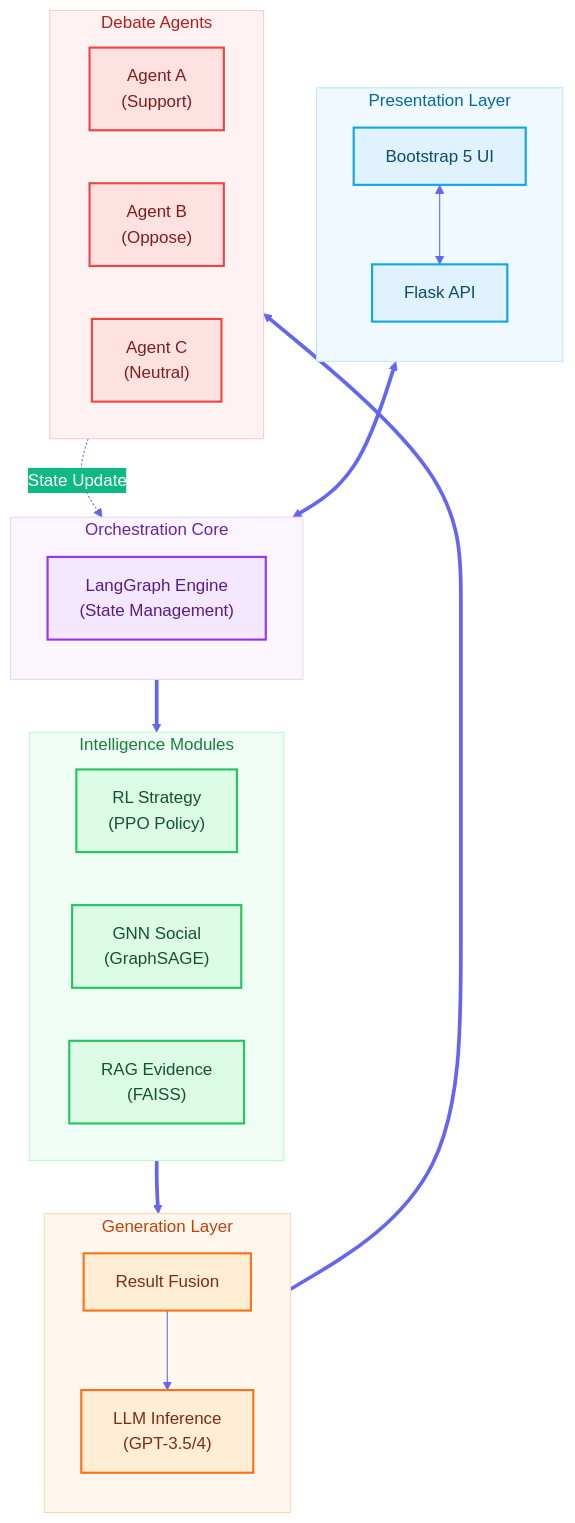
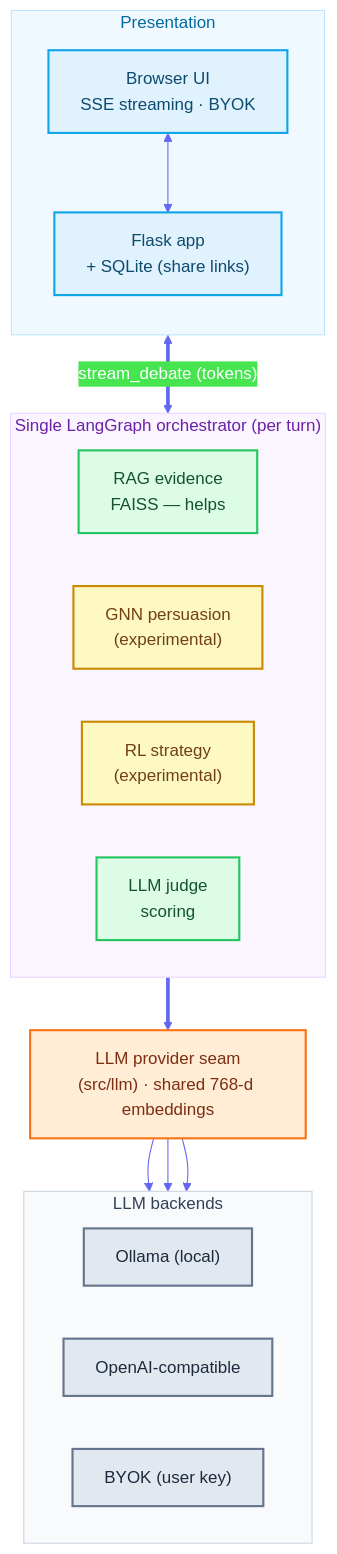
One commit to AluminumShark/Social-Debate-AI changed the first of 4 diagrams in README.md. Above: the diagram before and after it, drawn with Mermaid. The commit also changed other lines of this file, not shown here.

Commit message:
docs: redraw README architecture and tech-stack diagrams
Reflect the current system: SSE streaming + BYOK, single LangGraph orchestrator,
provider seam to Ollama/OpenAI/BYOK, shared embeddings, GNN/RL marked experimental.
Drop GPT-3.5/4 references; add FAISS/SQLite/gunicorn/Docker to the tech stack.

````diff
--- a/README.md
+++ b/README.md
@@ -57,54 +57,44 @@
 ```mermaid
-%%{init: {'theme': 'base', 'themeVariables': { 'primaryColor': '#4f46e5', 'primaryTextColor': '#fff', 'primaryBorderColor': '#4338ca', 'lineColor': '#6366f1', 'secondaryColor': '#10b981', 'tertiaryColor': '#f59e0b'}}}%%
+%%{init: {'theme': 'base', 'themeVariables': { 'primaryColor': '#4f46e5', 'primaryTextColor': '#fff', 'primaryBorderColor': '#4338ca', 'lineColor': '#6366f1'}}}%%
 flowchart TB
     classDef web fill:#e0f2fe,stroke:#0ea5e9,stroke-width:2px,color:#0c4a6e;
     classDef orch fill:#f3e8ff,stroke:#9333ea,stroke-width:2px,color:#581c87;
-    classDef brain fill:#dcfce7,stroke:#22c55e,stroke-width:2px,color:#14532d;
-    classDef gen fill:#ffedd5,stroke:#f97316,stroke-width:2px,color:#7c2d12;
-    classDef agent fill:#fee2e2,stroke:#ef4444,stroke-width:2px,color:#7f1d1d;
+    classDef good fill:#dcfce7,stroke:#22c55e,stroke-width:2px,color:#14532d;
+    classDef exp fill:#fef9c3,stroke:#ca8a04,stroke-width:2px,color:#713f12;
+    classDef seam fill:#ffedd5,stroke:#f97316,stroke-width:2px,color:#7c2d12;
+    classDef ext fill:#e2e8f0,stroke:#64748b,stroke-width:2px,color:#1e293b;
 
-    subgraph Presentation["Presentation Layer"]
+    subgraph Presentation["Presentation"]
         direction TB
-        UI["Bootstrap 5 UI"]:::web
-        API["Flask API"]:::web
+        UI["Browser UI<br/>SSE streaming · BYOK"]:::web
+        API["Flask app<br/>+ SQLite (share links)"]:::web
         UI <--> API
     end
 
-    subgraph Core["Orchestration Core"]
-        direction TB
-        LG["LangGraph Engine<br/>(State Management)"]:::orch
+    subgraph Core["Single LangGraph orchestrator (per turn)"]
+        direction LR
+        RAG["RAG evidence<br/>FAISS — helps"]:::good
+        GNN["GNN persuasion<br/>(experimental)"]:::exp
+        RL["RL strategy<br/>(experimental)"]:::exp
+        JUDGE["LLM judge<br/>scoring"]:::good
     end
 
-    subgraph Intelligence["Intelligence Modules"]
+    SEAM["LLM provider seam<br/>(src/llm) · shared 768-d embeddings"]:::seam
+
+    subgraph Backends["LLM backends"]
         direction LR
-        RL["RL Strategy<br/>(PPO Policy)"]:::brain
-        GNN["GNN Social<br/>(GraphSAGE)"]:::brain
-        RAG["RAG Evidence<br/>(FAISS)"]:::brain
+        OLL["Ollama (local)"]:::ext
+        OAI["OpenAI-compatible"]:::ext
+        BYOK["BYOK (user key)"]:::ext
     end
 
-    subgraph Generation["Generation Layer"]
-        direction TB
-        Fusion["Result Fusion"]:::gen
-        LLM["LLM Inference<br/>(GPT-3.5/4)"]:::gen
-        Fusion --> LLM
-    end
-
-    subgraph Agents["Debate Agents"]
-        direction LR
-        A1["Agent A<br/>(Support)"]:::agent
-        A2["Agent B<br/>(Oppose)"]:::agent
-        A3["Agent C<br/>(Neutral)"]:::agent
-    end
-
-    API <==> LG
-    LG ==> Intelligence
-    Intelligence ==> Fusion
-    LLM ==> Agents
-    Agents -.->|"State Update"| LG
+    API <==>|"stream_debate (tokens)"| Core
+    Core ==> SEAM
+    SEAM --> OLL
+    SEAM --> OAI
+    SEAM --> BYOK
 
     style Presentation fill:#f0f9ff,stroke:#bae6fd,color:#0369a1
     style Core fill:#faf5ff,stroke:#e9d5ff,color:#6b21a8
-    style Intelligence fill:#f0fdf4,stroke:#bbf7d0,color:#15803d
-    style Generation fill:#fff7ed,stroke:#fed7aa,color:#c2410c
-    style Agents fill:#fef2f2,stroke:#fecaca,color:#b91c1c
+    style Backends fill:#f8fafc,stroke:#cbd5e1,color:#334155
 ```
````
